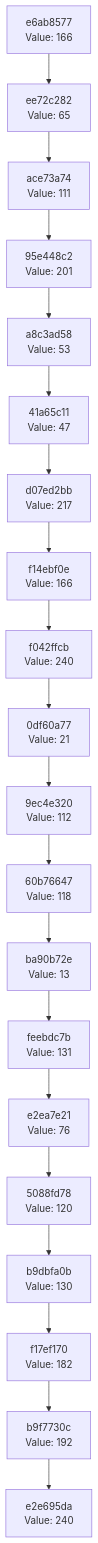
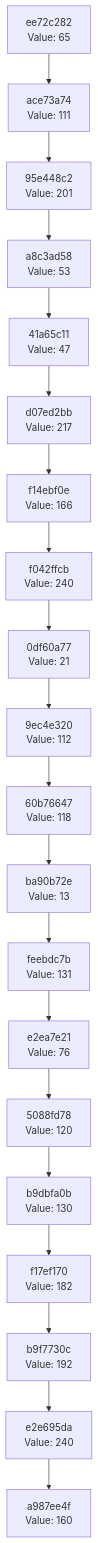
The diagram in docs/CHAIN_VISUALIZATION.md (Abhisheksinha1506/hash-chain-evolver), drawn with Mermaid before and after one commit. The commit also changed 2 other files, not shown here.

Commit message:
Evolution step: hash 0xA0 → action executed

````diff
--- a/docs/CHAIN_VISUALIZATION.md
+++ b/docs/CHAIN_VISUALIZATION.md
@@ -3,42 +3,42 @@
 ```mermaid
 graph TD
-    C0["e2e695da<br/>Value: 240"]
-    C1["b9f7730c<br/>Value: 192"]
+    C0["a987ee4f<br/>Value: 160"]
+    C1["e2e695da<br/>Value: 240"]
     C1 --> C0
-    C2["f17ef170<br/>Value: 182"]
+    C2["b9f7730c<br/>Value: 192"]
     C2 --> C1
-    C3["b9dbfa0b<br/>Value: 130"]
+    C3["f17ef170<br/>Value: 182"]
     C3 --> C2
-    C4["5088fd78<br/>Value: 120"]
+    C4["b9dbfa0b<br/>Value: 130"]
     C4 --> C3
-    C5["e2ea7e21<br/>Value: 76"]
+    C5["5088fd78<br/>Value: 120"]
     C5 --> C4
-    C6["feebdc7b<br/>Value: 131"]
+    C6["e2ea7e21<br/>Value: 76"]
     C6 --> C5
-    C7["ba90b72e<br/>Value: 13"]
+    C7["feebdc7b<br/>Value: 131"]
     C7 --> C6
-    C8["60b76647<br/>Value: 118"]
+    C8["ba90b72e<br/>Value: 13"]
     C8 --> C7
-    C9["9ec4e320<br/>Value: 112"]
+    C9["60b76647<br/>Value: 118"]
     C9 --> C8
-    C10["0df60a77<br/>Value: 21"]
+    C10["9ec4e320<br/>Value: 112"]
     C10 --> C9
-    C11["f042ffcb<br/>Value: 240"]
+    C11["0df60a77<br/>Value: 21"]
     C11 --> C10
-    C12["f14ebf0e<br/>Value: 166"]
+    C12["f042ffcb<br/>Value: 240"]
     C12 --> C11
-    C13["d07ed2bb<br/>Value: 217"]
+    C13["f14ebf0e<br/>Value: 166"]
     C13 --> C12
-    C14["41a65c11<br/>Value: 47"]
+    C14["d07ed2bb<br/>Value: 217"]
     C14 --> C13
-    C15["a8c3ad58<br/>Value: 53"]
+    C15["41a65c11<br/>Value: 47"]
     C15 --> C14
-    C16["95e448c2<br/>Value: 201"]
+    C16["a8c3ad58<br/>Value: 53"]
     C16 --> C15
-    C17["ace73a74<br/>Value: 111"]
+    C17["95e448c2<br/>Value: 201"]
     C17 --> C16
-    C18["ee72c282<br/>Value: 65"]
+    C18["ace73a74<br/>Value: 111"]
     C18 --> C17
-    C19["e6ab8577<br/>Value: 166"]
+    C19["ee72c282<br/>Value: 65"]
     C19 --> C18
 ```
````
